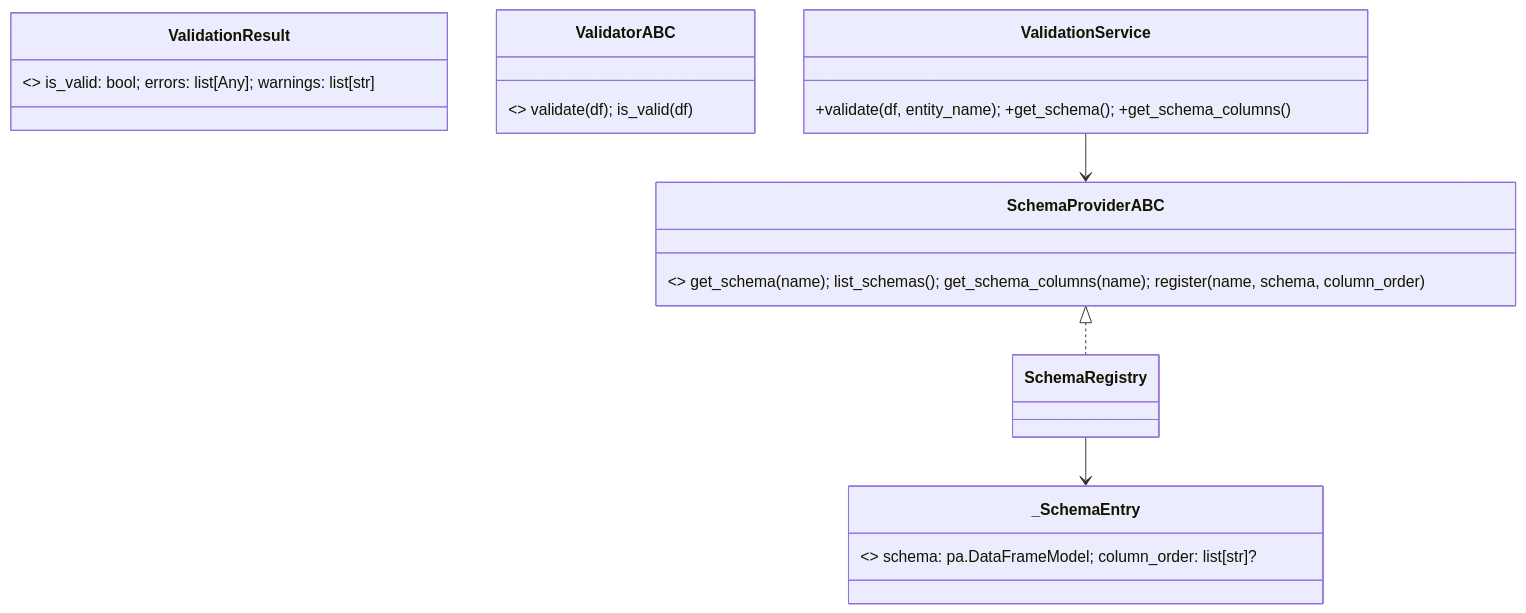
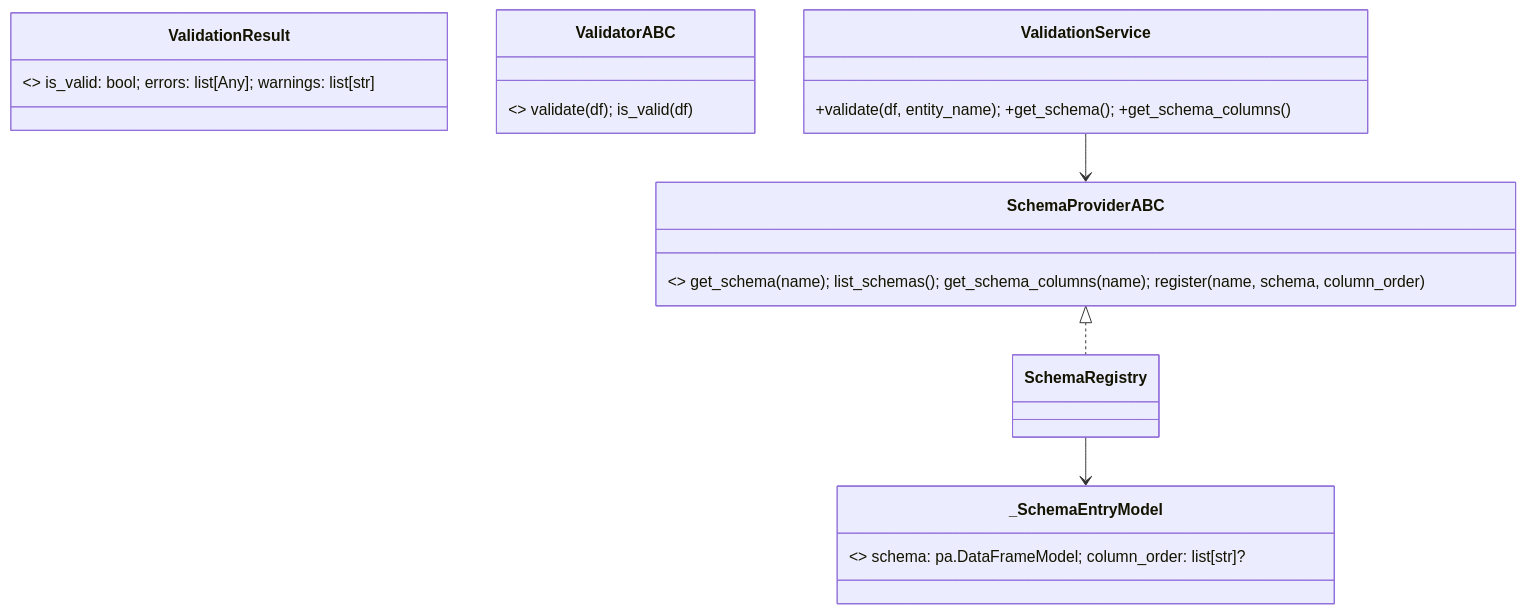
The fifth of 6 diagrams in docs/domain-class-diagrams.md (SatoryKono/BioactivityDataAcquisition), drawn with Mermaid before and after one commit. The commit also changed 3 other files, not shown here.

Commit message:
Rename schema registry entry model

````diff
--- a/docs/domain-class-diagrams.md
+++ b/docs/domain-class-diagrams.md
@@ -166,13 +166,13 @@
 ```mermaid
 classDiagram
     class ValidationResult { <<dataclass>> is_valid: bool; errors: list[Any]; warnings: list[str] }
     class ValidatorABC { <<ABC>> validate(df); is_valid(df) }
     class SchemaProviderABC { <<ABC>> get_schema(name); list_schemas(); get_schema_columns(name); register(name, schema, column_order) }
     class ValidationService { +validate(df, entity_name); +get_schema(); +get_schema_columns() }
-    class _SchemaEntry { <<dataclass>> schema: pa.DataFrameModel; column_order: list[str]? }
+    class _SchemaEntryModel { <<dataclass>> schema: pa.DataFrameModel; column_order: list[str]? }
     class SchemaRegistry
 
     SchemaProviderABC <|.. SchemaRegistry
-    SchemaRegistry --> _SchemaEntry
+    SchemaRegistry --> _SchemaEntryModel
     ValidationService --> SchemaProviderABC
 ```
````
